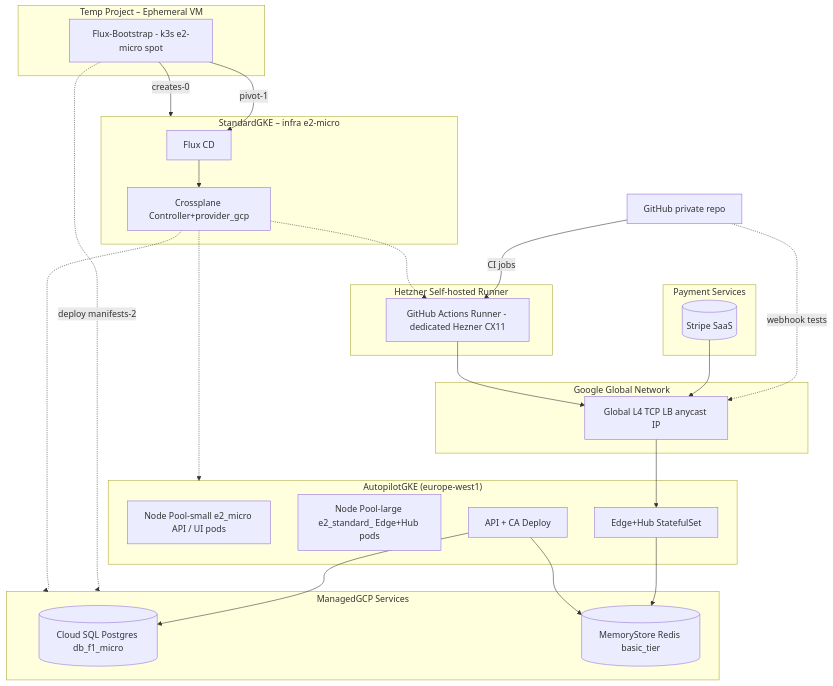
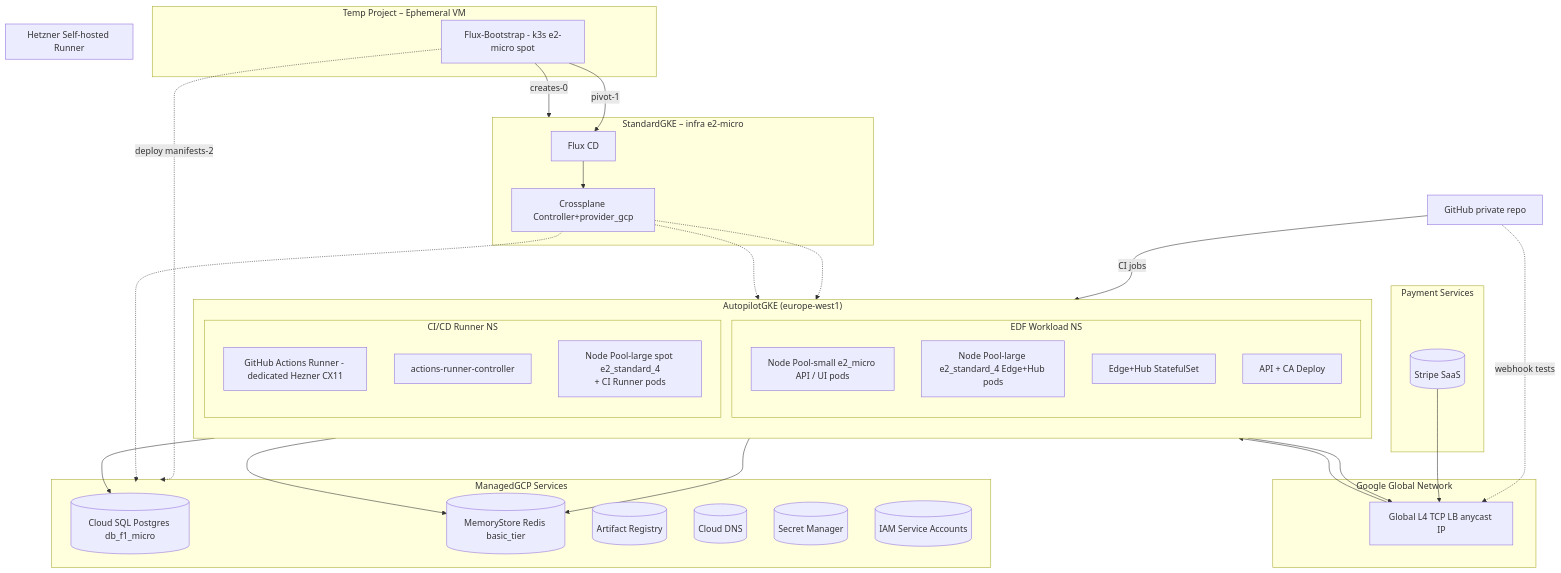
One commit to microscaler/fleetingdns changed the first of 3 diagrams in docs/engineering/E0-Cloud_POC_infrastructure.md. Above: the diagram before and after it, drawn with Mermaid. The commit also changed other lines of this file and 12 other files, not shown here.

````diff
--- a/docs/engineering/E0-Cloud_POC_infrastructure.md
+++ b/docs/engineering/E0-Cloud_POC_infrastructure.md
@@ -21,59 +21,78 @@
 ```mermaid
 flowchart TD
     subgraph UserEdge["Google Global Network"]
         GLB[Global L4 TCP LB anycast IP]
     end
 
     subgraph GKE_Workload["AutopilotGKE (europe‑west1)"]
-        NPsmall[Node Pool-small e2_micro API / UI pods]
-        NPlarge[Node Pool-large e2_standard_ Edge+Hub pods]
-        EdgeHub[Edge+Hub StatefulSet]
-        API[API + CA Deploy]
+        direction TB
+        classDef gkeWorkloadBg fill:#e3f2fd,stroke:#1976d2,stroke-width:2px;
+        class GKE_Workload gkeWorkloadBg;
+    
+        subgraph WorkloadNS["EDF Workload NS"]
+              classDef workloadNSBg fill:#fff3e0,stroke:#fb8c00,stroke-width:2px;
+              class WorkloadNS workloadNSBg;
+              NPsmall[Node Pool-small e2_micro API / UI pods]
+              NPlarge[Node Pool-large e2_standard_4 Edge+Hub pods]
+              EdgeHub[Edge+Hub StatefulSet]
+              API[API + CA Deploy]
+        end
+    
+        subgraph RunnerNS["CI/CD Runner NS"]
+          Runner[GitHub Actions Runner - dedicated Hetzner CX11]
+          ARC[actions-runner-controller]
+          NPlargeRunner[Node Pool-large spot e2_standard_4\n+ CI Runner pods]
+        end
     end
 
     subgraph GKE_Infra["StandardGKE – infra e2‑micro"]
         FluxInfra[Flux CD]
         Crossplane[Crossplane Controller+provider_gcp]
     end
 
     subgraph Bootstrap["Temp Project – Ephemeral VM"]
         FluxBoot[Flux-Bootstrap - k3s e2-micro spot]
     end
 
     subgraph Payment["Payment Services"]
     StrBilling[(Stripe SaaS)]
     end
     
     subgraph Managed["ManagedGCP Services"]
     SQL[(Cloud SQL Postgres db_f1_micro)]
     Redis[(MemoryStore Redis basic_tier)]
+    ARRepo[(Artifact Registry)]
+    gcGNS[(Cloud DNS)]
+    gcSM[(Secret Manager)]
+    gcIAM[(IAM Service Accounts)]
     end
+
 
     subgraph Hetzner["Hetzner Self-hosted Runner"]
         Runner[GitHub Actions Runner - dedicated Hezner CX11]
     end
 
     Github[GitHub private repo]
 
     %% data plane
     GLB --> EdgeHub
     EdgeHub --> Redis
     API --> SQL
     API --> Redis
     Github -.webhook tests.-> GLB
     StrBilling --> GLB
 
     %% CI / infra plane
     Github -- CI jobs --> Runner
     Runner --> GLB
 
     %% GitOps bootstrap flow
     FluxBoot -- creates-0 --> GKE_Infra
     FluxBoot -->| pivot-1 | FluxInfra
     FluxBoot -. deploy manifests-2 .-> Managed
     FluxInfra --> Crossplane
     Crossplane -.-> GKE_Workload
     Crossplane -.-> Managed
     %% new arrow for Hetzner provision
     Crossplane -.-> Runner
 ```
````
